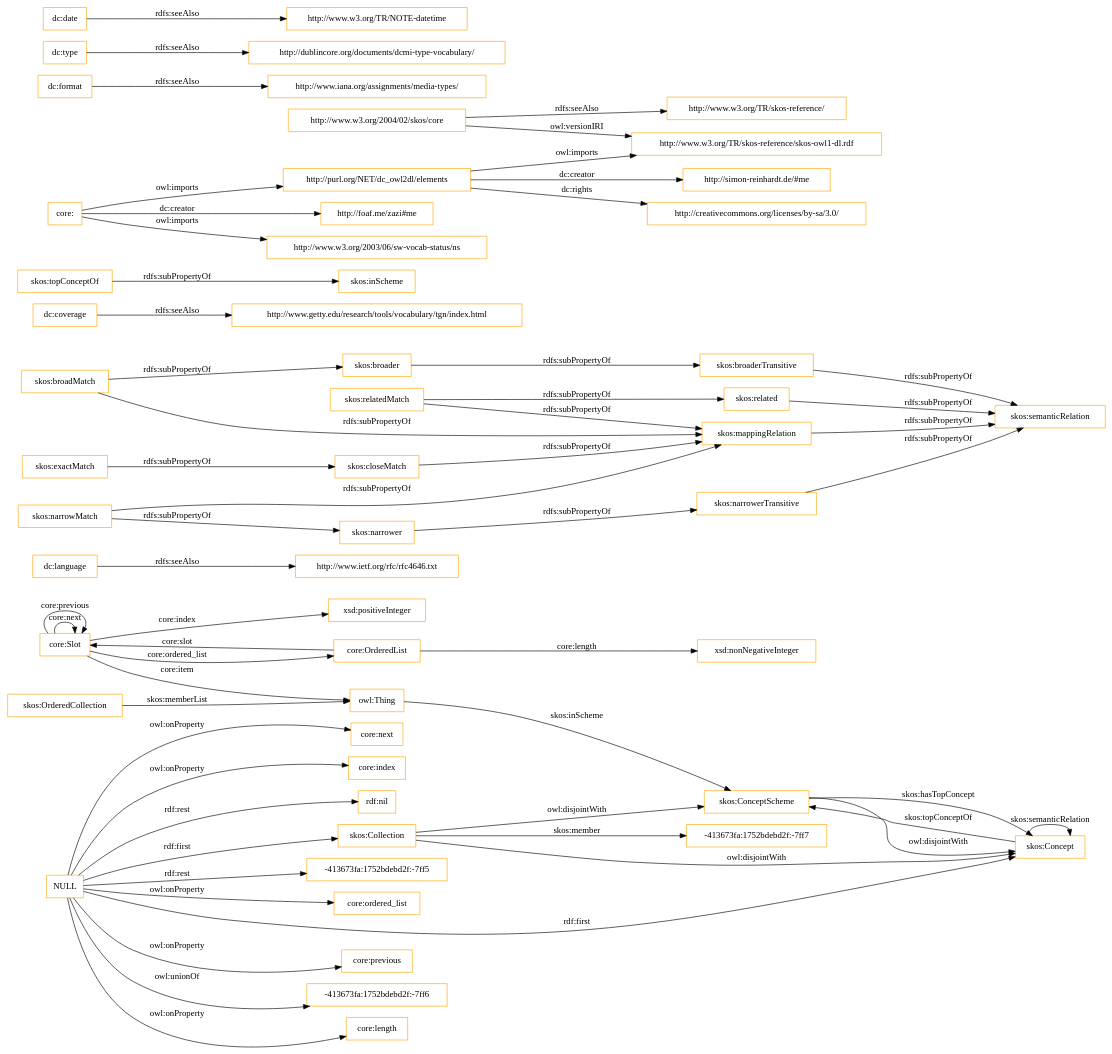
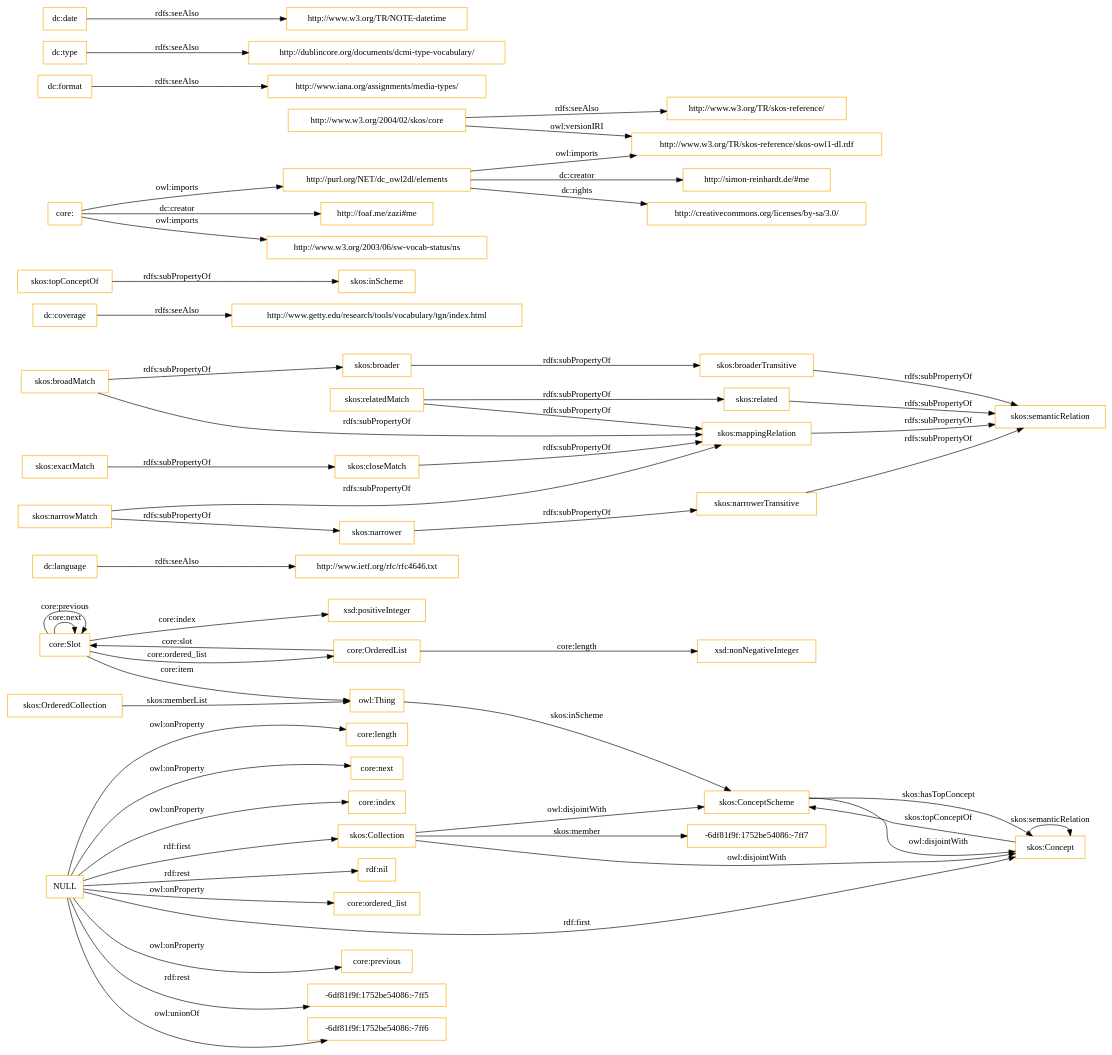
Before and after one commit to OnToologyUser/core-ontology-1: the diagram in OnToology/imports/core.owl/diagrams/ar2dtool-class/core.owl.png.dot, drawn with Graphviz. The commit also changed 14 other files, not shown here.

```diff
--- a/OnToology/imports/core.owl/diagrams/ar2dtool-class/core.owl.png.dot
+++ b/OnToology/imports/core.owl/diagrams/ar2dtool-class/core.owl.png.dot
@@ -1,60 +1,60 @@
 digraph ar2dtool_diagram { 
 rankdir=LR;
 size="1501"
-node [shape = rectangle, color="orange"]; "core:Slot" "core:OrderedList" "-413673fa:1752bdebd2f:-7ff7" "skos:OrderedCollection" "skos:Collection" "skos:ConceptScheme" "skos:Concept" ; /*classes style*/
+node [shape = rectangle, color="orange"]; "core:Slot" "core:OrderedList" "-6df81f9f:1752be54086:-7ff7" "skos:OrderedCollection" "skos:Collection" "skos:ConceptScheme" "skos:Concept" ; /*classes style*/
 	"dc:language" -> "http://www.ietf.org/rfc/rfc4646.txt" [ label = "rdfs:seeAlso" ];
 	"NULL" -> "core:previous" [ label = "owl:onProperty" ];
-	"NULL" -> "-413673fa:1752bdebd2f:-7ff6" [ label = "owl:unionOf" ];
+	"NULL" -> "-6df81f9f:1752be54086:-7ff5" [ label = "rdf:rest" ];
+	"NULL" -> "-6df81f9f:1752be54086:-7ff6" [ label = "owl:unionOf" ];
 	"NULL" -> "core:length" [ label = "owl:onProperty" ];
 	"NULL" -> "skos:Concept" [ label = "rdf:first" ];
 	"NULL" -> "core:next" [ label = "owl:onProperty" ];
 	"NULL" -> "core:index" [ label = "owl:onProperty" ];
 	"NULL" -> "rdf:nil" [ label = "rdf:rest" ];
-	"NULL" -> "-413673fa:1752bdebd2f:-7ff5" [ label = "rdf:rest" ];
 	"NULL" -> "core:ordered_list" [ label = "owl:onProperty" ];
 	"NULL" -> "skos:Collection" [ label = "rdf:first" ];
 	"skos:closeMatch" -> "skos:mappingRelation" [ label = "rdfs:subPropertyOf" ];
 	"dc:coverage" -> "http://www.getty.edu/research/tools/vocabulary/tgn/index.html" [ label = "rdfs:seeAlso" ];
 	"skos:relatedMatch" -> "skos:related" [ label = "rdfs:subPropertyOf" ];
 	"skos:relatedMatch" -> "skos:mappingRelation" [ label = "rdfs:subPropertyOf" ];
 	"skos:ConceptScheme" -> "skos:Concept" [ label = "owl:disjointWith" ];
 	"skos:related" -> "skos:semanticRelation" [ label = "rdfs:subPropertyOf" ];
 	"skos:topConceptOf" -> "skos:inScheme" [ label = "rdfs:subPropertyOf" ];
 	"skos:broadMatch" -> "skos:broader" [ label = "rdfs:subPropertyOf" ];
 	"skos:broadMatch" -> "skos:mappingRelation" [ label = "rdfs:subPropertyOf" ];
 	"http://purl.org/NET/dc_owl2dl/elements" -> "http://www.w3.org/TR/skos-reference/skos-owl1-dl.rdf" [ label = "owl:imports" ];
 	"http://purl.org/NET/dc_owl2dl/elements" -> "http://creativecommons.org/licenses/by-sa/3.0/" [ label = "dc:rights" ];
 	"http://purl.org/NET/dc_owl2dl/elements" -> "http://simon-reinhardt.de/#me" [ label = "dc:creator" ];
 	"skos:exactMatch" -> "skos:closeMatch" [ label = "rdfs:subPropertyOf" ];
 	"dc:format" -> "http://www.iana.org/assignments/media-types/" [ label = "rdfs:seeAlso" ];
 	"core:" -> "http://foaf.me/zazi#me" [ label = "dc:creator" ];
 	"core:" -> "http://www.w3.org/2003/06/sw-vocab-status/ns" [ label = "owl:imports" ];
 	"core:" -> "http://purl.org/NET/dc_owl2dl/elements" [ label = "owl:imports" ];
 	"skos:broaderTransitive" -> "skos:semanticRelation" [ label = "rdfs:subPropertyOf" ];
 	"skos:mappingRelation" -> "skos:semanticRelation" [ label = "rdfs:subPropertyOf" ];
 	"skos:broader" -> "skos:broaderTransitive" [ label = "rdfs:subPropertyOf" ];
 	"dc:type" -> "http://dublincore.org/documents/dcmi-type-vocabulary/" [ label = "rdfs:seeAlso" ];
 	"http://www.w3.org/2004/02/skos/core" -> "http://www.w3.org/TR/skos-reference/skos-owl1-dl.rdf" [ label = "owl:versionIRI" ];
 	"http://www.w3.org/2004/02/skos/core" -> "http://www.w3.org/TR/skos-reference/" [ label = "rdfs:seeAlso" ];
 	"skos:Collection" -> "skos:ConceptScheme" [ label = "owl:disjointWith" ];
 	"skos:Collection" -> "skos:Concept" [ label = "owl:disjointWith" ];
 	"skos:narrowMatch" -> "skos:narrower" [ label = "rdfs:subPropertyOf" ];
 	"skos:narrowMatch" -> "skos:mappingRelation" [ label = "rdfs:subPropertyOf" ];
 	"skos:narrower" -> "skos:narrowerTransitive" [ label = "rdfs:subPropertyOf" ];
 	"dc:date" -> "http://www.w3.org/TR/NOTE-datetime" [ label = "rdfs:seeAlso" ];
 	"skos:narrowerTransitive" -> "skos:semanticRelation" [ label = "rdfs:subPropertyOf" ];
 	"core:Slot" -> "xsd:positiveInteger" [ label = "core:index" ];
 	"skos:Concept" -> "skos:ConceptScheme" [ label = "skos:topConceptOf" ];
 	"core:Slot" -> "owl:Thing" [ label = "core:item" ];
 	"core:OrderedList" -> "xsd:nonNegativeInteger" [ label = "core:length" ];
 	"core:OrderedList" -> "core:Slot" [ label = "core:slot" ];
-	"skos:Collection" -> "-413673fa:1752bdebd2f:-7ff7" [ label = "skos:member" ];
+	"skos:Collection" -> "-6df81f9f:1752be54086:-7ff7" [ label = "skos:member" ];
 	"core:Slot" -> "core:Slot" [ label = "core:next" ];
 	"skos:ConceptScheme" -> "skos:Concept" [ label = "skos:hasTopConcept" ];
 	"owl:Thing" -> "skos:ConceptScheme" [ label = "skos:inScheme" ];
 	"core:Slot" -> "core:Slot" [ label = "core:previous" ];
 	"skos:OrderedCollection" -> "owl:Thing" [ label = "skos:memberList" ];
 	"skos:Concept" -> "skos:Concept" [ label = "skos:semanticRelation" ];
 	"core:Slot" -> "core:OrderedList" [ label = "core:ordered_list" ];
 
 }
```
